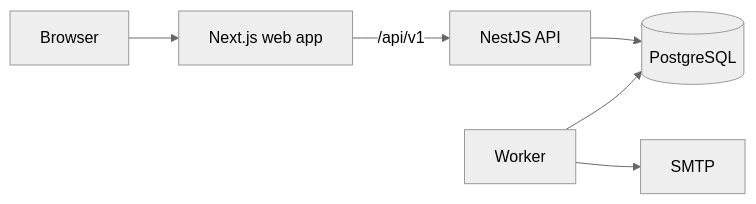
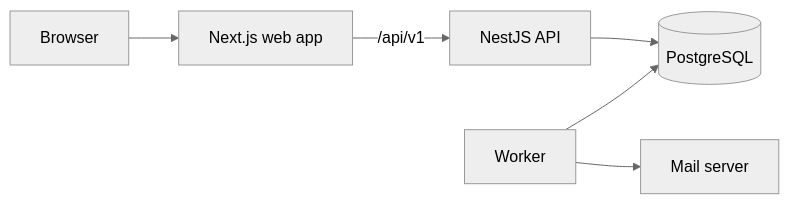
The diagram in README.md (ManasSaxena14/HireFlow), drawn with Mermaid (neutral theme) before and after one commit. The commit also changed other lines of this file and 9 other files, not shown here.

````diff
--- a/README.md
+++ b/README.md
@@ -19,8 +22,8 @@
 ```mermaid
 flowchart LR
   B[Browser] --> W[Next.js web app]
   W -- /api/v1 --> A[NestJS API]
   A --> P[(PostgreSQL)]
   Q[Worker] --> P
-  Q --> M[SMTP]
+  Q --> M[Mail server]
 ```
````
